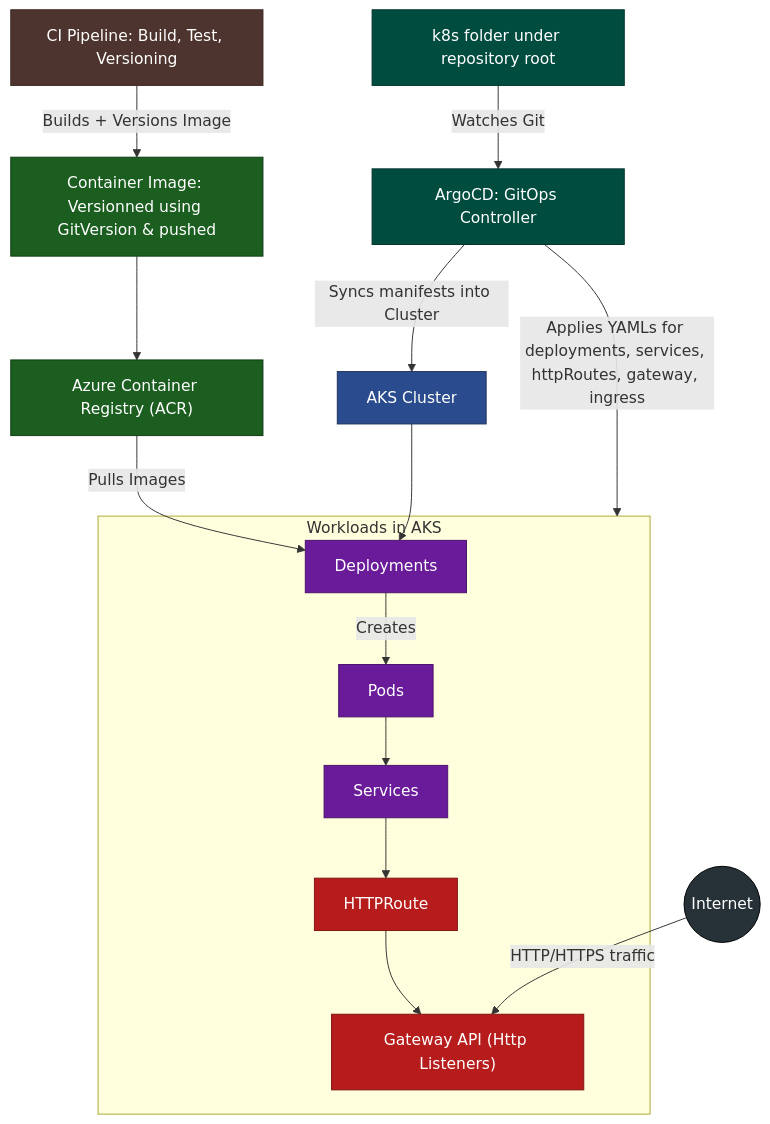
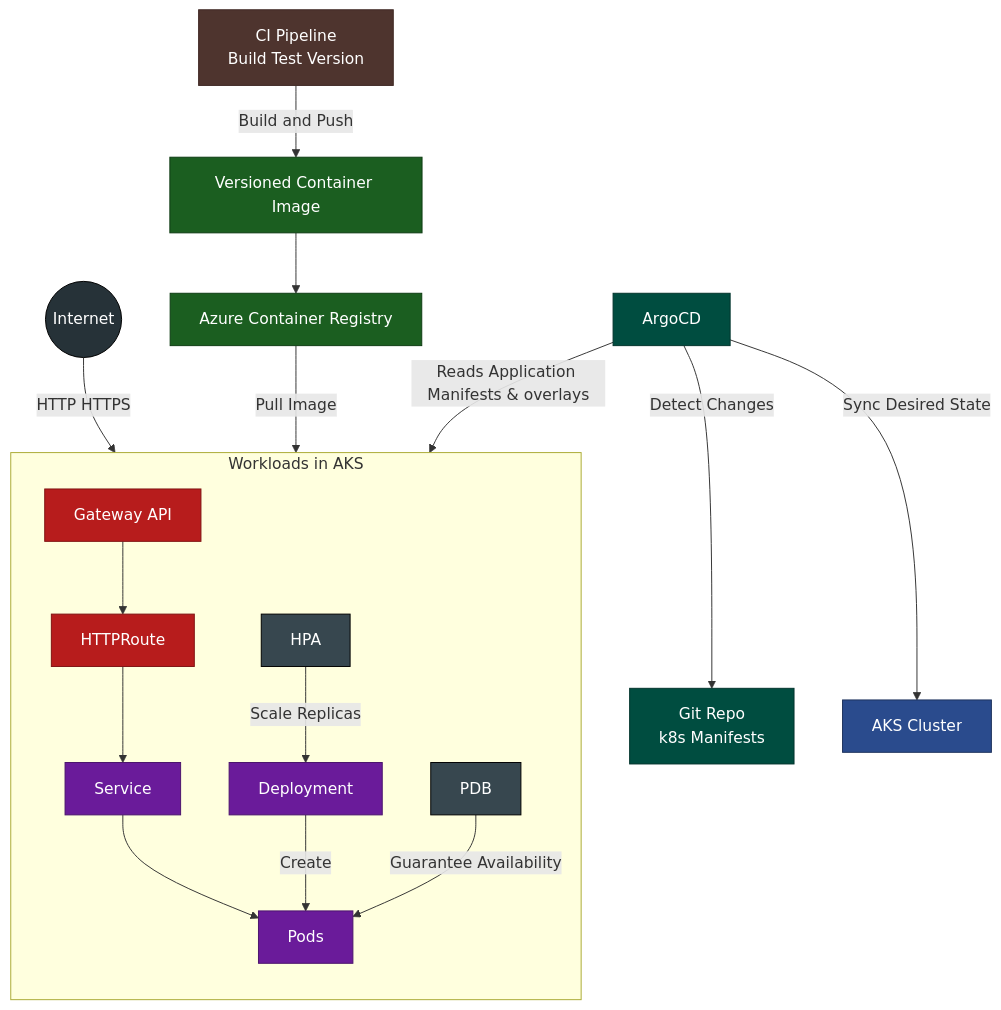
One commit to medbalighhamdi/Trainings.Kubernetes changed the diagram in README.md. Above: the diagram before and after it, drawn with Mermaid. The commit also changed other lines of this file, not shown here.

Commit message:
docs: update diagram
Corrected formatting and improved clarity of the technical architecture section.

````diff
--- a/README.md
+++ b/README.md
@@ -44,55 +44,83 @@
 ```mermaid
 %% AKS / k8s resource relationship diagram
-%% Paste this block in a GitHub Markdown file — GitHub supports Mermaid.
 flowchart TB
-    %% Style Definitions (darker, high contrast)
+
+    %% =========================
+    %% Style Definitions
+    %% =========================
     classDef infra fill:#2a4b8d,stroke:#1e325c,color:#ffffff;
     classDef acr fill:#1b5e20,stroke:#0d3b12,color:#ffffff;
     classDef ci fill:#4e342e,stroke:#3e2723,color:#ffffff;
     classDef gitops fill:#004d40,stroke:#00332b,color:#ffffff;
     classDef app fill:#6a1b9a,stroke:#4a136c,color:#ffffff;
     classDef net fill:#b71c1c,stroke:#7f1313,color:#ffffff;
+    classDef policy fill:#37474f,stroke:#000000,color:#ffffff;
     classDef external fill:#263238,stroke:#000000,color:#ffffff;
 
+    %% =========================
+    %% External Access
+    %% =========================
+    Internet(("Internet")):::external
+
+    %% =========================
     %% CI Pipeline
-    CI["CI Pipeline: Build, Test, Versioning"]:::ci
-    Image["Container Image: Versionned using GitVersion & pushed"]:::acr
-    CI -->|Builds + Versions Image| Image
+    %% =========================
+    CI["CI Pipeline\nBuild Test Version"]:::ci
+    Image["Versioned Container Image"]:::acr
+    CI -->|Build and Push| Image
 
+    %% =========================
     %% Container Registry
-    ACR["Azure Container Registry (ACR)"]:::acr
+    %% =========================
+    ACR["Azure Container Registry"]:::acr
     Image --> ACR
 
-    %% GitOps / ArgoCD
-    GitRepo["k8s folder under repository root"]:::gitops
-    Argo["ArgoCD: GitOps Controller"]:::gitops
-    GitRepo -->|Watches Git| Argo
-    Argo -->|Syncs manifests into Cluster| AKS
+    %% =========================
+    %% GitOps
+    %% =========================
+    GitRepo["Git Repo\nk8s Manifests"]:::gitops
+    Argo["ArgoCD"]:::gitops
+    Argo -->|Detect Changes| GitRepo
 
+    %% =========================
     %% AKS Cluster
+    %% =========================
     AKS["AKS Cluster"]:::infra
+    Argo -->|Sync Desired State| AKS
 
     subgraph Workloads["Workloads in AKS"]
-        Deploy1["Deployments"]:::app
+        direction TB
+
+        %% Traffic entry
+        Gateway["Gateway API"]:::net
+        HTTPRoute["HTTPRoute"]:::net
+        SVC["Service"]:::app
+
+        %% Compute
+        Deploy1["Deployment"]:::app
         Pods["Pods"]:::app
-        SVC["Services"]:::app
-        HTTPRoute["HTTPRoute"]:::net
-        Gateway["Gateway API (Http Listeners)"]:::net
+
+        %% Policies
+        HPA["HPA"]:::policy
+        PDB["PDB"]:::policy
+
+        %% Traffic flow
+        Gateway --> HTTPRoute
+        HTTPRoute --> SVC
+        SVC --> Pods
+
+        %% Pod lifecycle
+        Deploy1 -->|Create| Pods
+
+        %% Control plane
+        HPA -->|Scale Replicas| Deploy1
+        PDB -->|Guarantee Availability| Pods
     end
 
-    AKS --> Deploy1
-    Deploy1 -->|Creates| Pods
-    Pods --> SVC
-    SVC --> HTTPRoute
-    HTTPRoute --> Gateway
-
-    %% Image flow
-    ACR -->|Pulls Images| Deploy1
-
-    %% ArgoCD applies YAMLs
-    Argo -->|Applies YAMLs for deployments, services, httpRoutes, gateway, ingress| Workloads
-
-    %% Internet access
-    Internet(("Internet")):::external
-    Internet -->|HTTP/HTTPS traffic| Gateway
+    %% =========================
+    %% Cross-boundary relations
+    %% =========================
+    Internet -->|HTTP HTTPS| Gateway
+    ACR -->|Pull Image| Deploy1
+    Argo -->|Reads Application Manifests & overlays| Workloads
 ```
````
